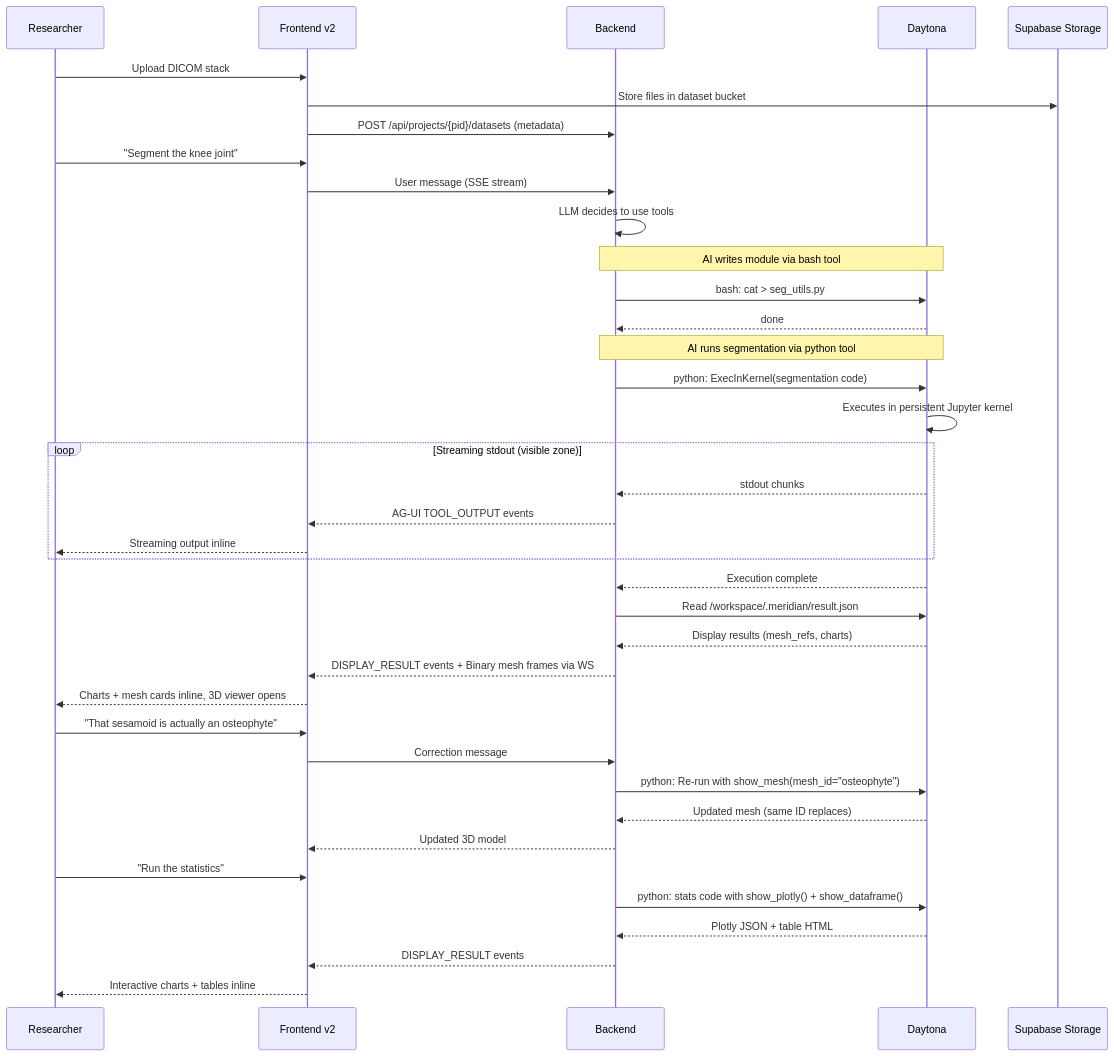
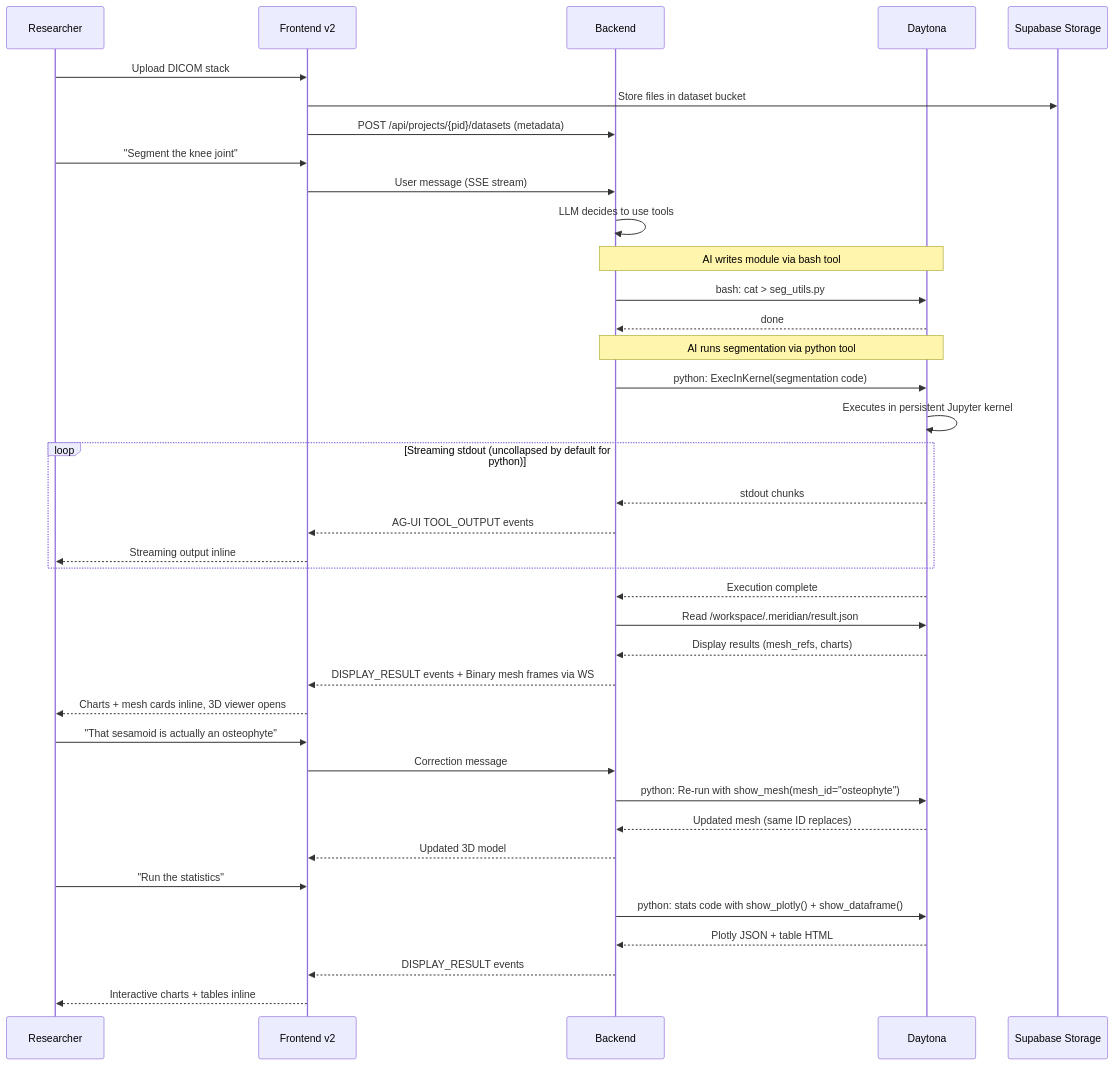
Before and after one commit to haowjy/meridian-flow: the second of 2 diagrams in .meridian/work/biomedical-mvp/design/overview.md, drawn with Mermaid. The commit also changed other lines of this file and 7 other files, not shown here.

````diff
--- a/.meridian/work/biomedical-mvp/design/overview.md
+++ b/.meridian/work/biomedical-mvp/design/overview.md
@@ -121,48 +123,48 @@
 ```mermaid
 sequenceDiagram
     participant R as Researcher
     participant F as Frontend v2
     participant B as Backend
     participant D as Daytona
     participant S as Supabase Storage
 
     R->>F: Upload DICOM stack
     F->>S: Store files in dataset bucket
     F->>B: POST /api/projects/{pid}/datasets (metadata)
 
     R->>F: "Segment the knee joint"
     F->>B: User message (SSE stream)
     B->>B: LLM decides to use tools
 
     Note over B,D: AI writes module via bash tool
     B->>D: bash: cat > seg_utils.py
     D-->>B: done
 
     Note over B,D: AI runs segmentation via python tool
     B->>D: python: ExecInKernel(segmentation code)
     D->>D: Executes in persistent Jupyter kernel
 
-    loop Streaming stdout (visible zone)
+    loop Streaming stdout (uncollapsed by default for python)
         D-->>B: stdout chunks
         B-->>F: AG-UI TOOL_OUTPUT events
         F-->>R: Streaming output inline
     end
 
     D-->>B: Execution complete
     B->>D: Read /workspace/.meridian/result.json
     D-->>B: Display results (mesh_refs, charts)
     B-->>F: DISPLAY_RESULT events + Binary mesh frames via WS
     F-->>R: Charts + mesh cards inline, 3D viewer opens
 
     R->>F: "That sesamoid is actually an osteophyte"
     F->>B: Correction message
     B->>D: python: Re-run with show_mesh(mesh_id="osteophyte")
     D-->>B: Updated mesh (same ID replaces)
     B-->>F: Updated 3D model
 
     R->>F: "Run the statistics"
     B->>D: python: stats code with show_plotly() + show_dataframe()
     D-->>B: Plotly JSON + table HTML
     B-->>F: DISPLAY_RESULT events
     F-->>R: Interactive charts + tables inline
 ```
````
